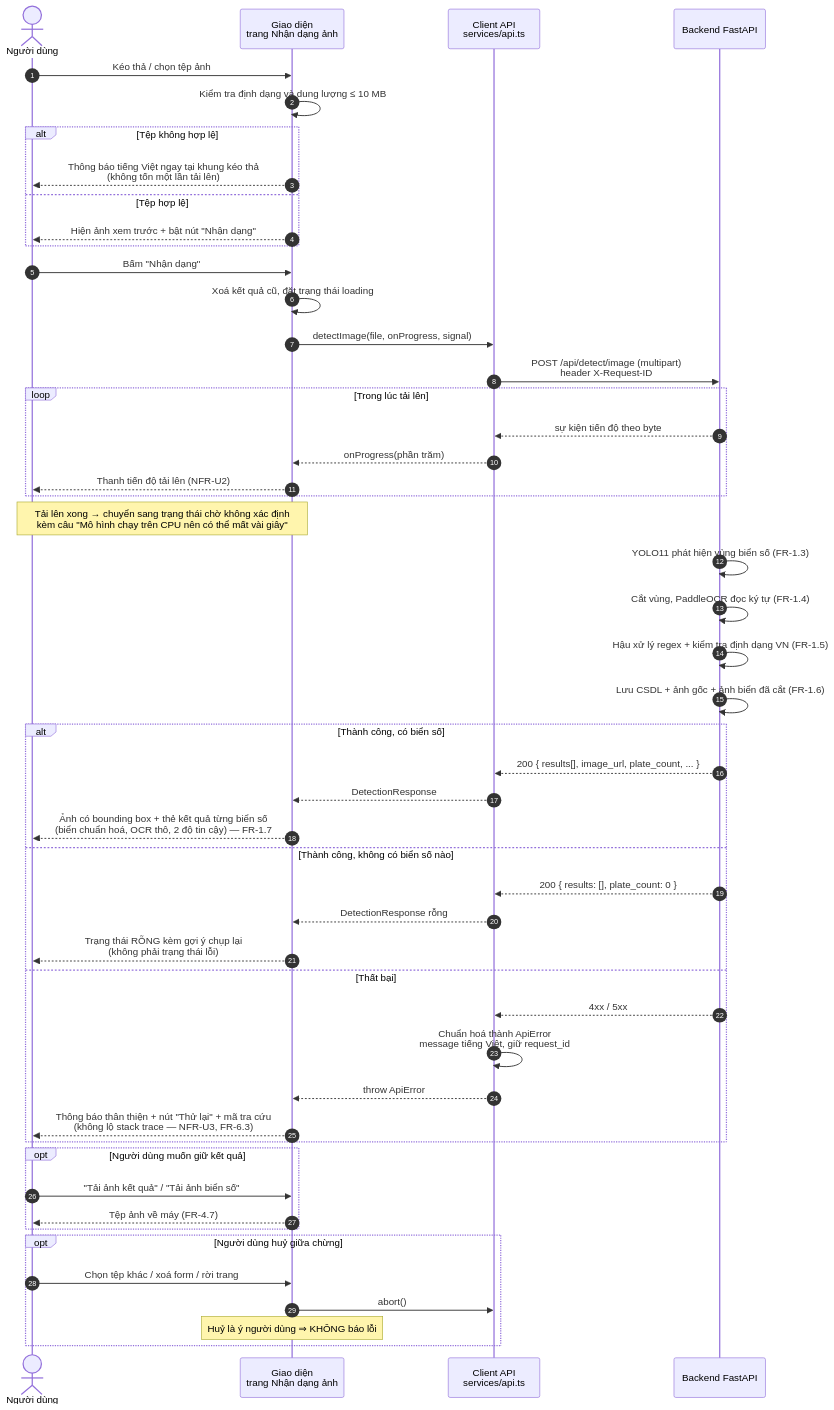
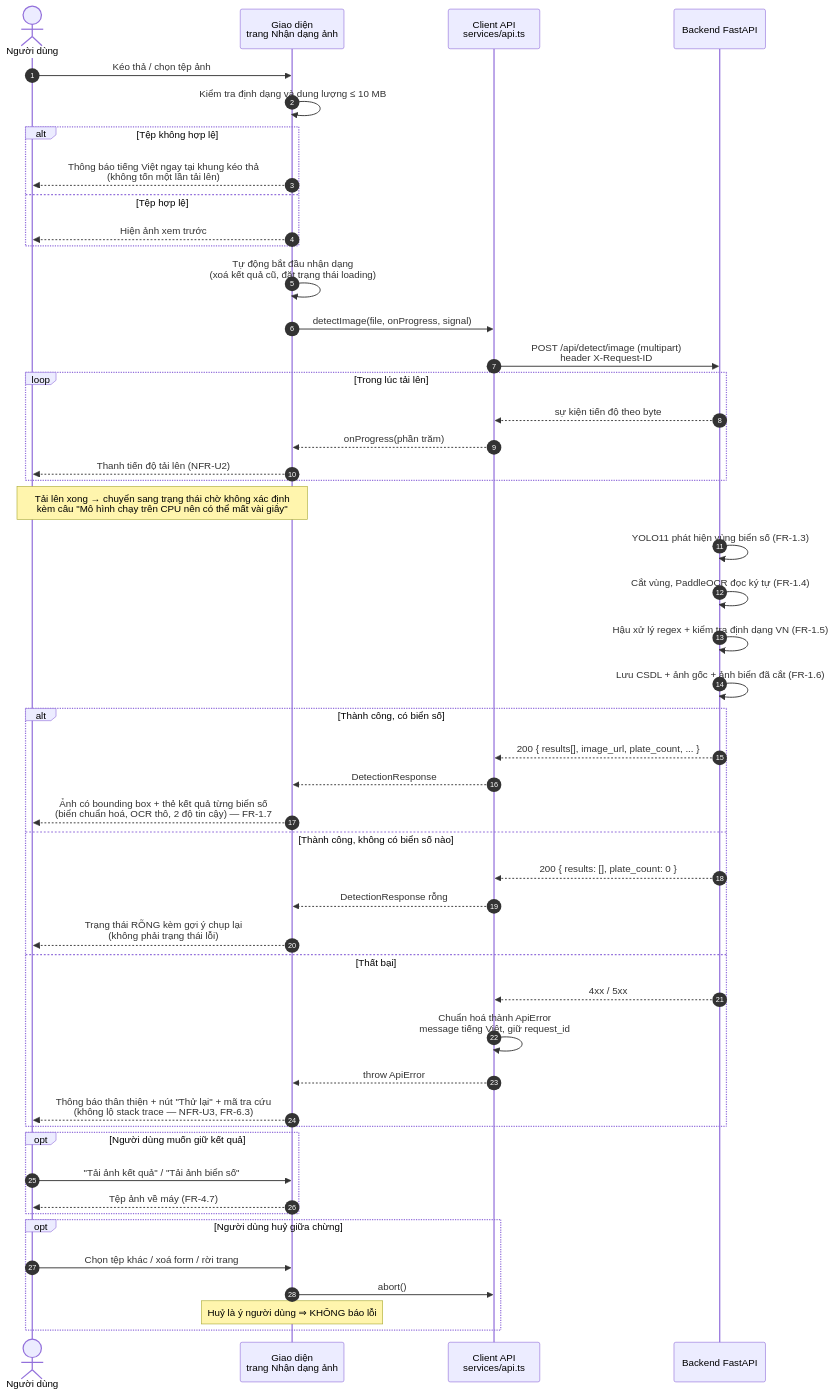
Before and after one commit to hieunguyen2604/alpr-do-an-mon-hoc: the second of 2 diagrams in docs/reports/06-ui-documentation.md, drawn with Mermaid. The commit also changed other lines of this file and 4 other files, not shown here.

First line of the commit message:
Trang ảnh bỏ nút Nhận dạng: chọn hoặc kéo thả ảnh là nhận dạng chạy ngay

````diff
--- a/docs/reports/06-ui-documentation.md
+++ b/docs/reports/06-ui-documentation.md
@@ -260,60 +260,59 @@
 ```mermaid
 sequenceDiagram
     autonumber
     actor U as Người dùng
     participant UI as Giao diện<br/>trang Nhận dạng ảnh
     participant API as Client API<br/>services/api.ts
     participant BE as Backend FastAPI
 
     U->>UI: Kéo thả / chọn tệp ảnh
     UI->>UI: Kiểm tra định dạng và dung lượng ≤ 10 MB
     alt Tệp không hợp lệ
         UI-->>U: Thông báo tiếng Việt ngay tại khung kéo thả<br/>(không tốn một lần tải lên)
     else Tệp hợp lệ
-        UI-->>U: Hiện ảnh xem trước + bật nút "Nhận dạng"
+        UI-->>U: Hiện ảnh xem trước
     end
 
-    U->>UI: Bấm "Nhận dạng"
-    UI->>UI: Xoá kết quả cũ, đặt trạng thái loading
+    UI->>UI: Tự động bắt đầu nhận dạng<br/>(xoá kết quả cũ, đặt trạng thái loading)
     UI->>API: detectImage(file, onProgress, signal)
     API->>BE: POST /api/detect/image (multipart)<br/>header X-Request-ID
 
     loop Trong lúc tải lên
         BE-->>API: sự kiện tiến độ theo byte
         API-->>UI: onProgress(phần trăm)
         UI-->>U: Thanh tiến độ tải lên (NFR-U2)
     end
 
     Note over UI,U: Tải lên xong → chuyển sang trạng thái chờ không xác định<br/>kèm câu "Mô hình chạy trên CPU nên có thể mất vài giây"
 
     BE->>BE: YOLO11 phát hiện vùng biển số (FR-1.3)
     BE->>BE: Cắt vùng, PaddleOCR đọc ký tự (FR-1.4)
     BE->>BE: Hậu xử lý regex + kiểm tra định dạng VN (FR-1.5)
     BE->>BE: Lưu CSDL + ảnh gốc + ảnh biển đã cắt (FR-1.6)
 
     alt Thành công, có biển số
         BE-->>API: 200 { results[], image_url, plate_count, ... }
         API-->>UI: DetectionResponse
         UI-->>U: Ảnh có bounding box + thẻ kết quả từng biển số<br/>(biển chuẩn hoá, OCR thô, 2 độ tin cậy) — FR-1.7
     else Thành công, không có biển số nào
         BE-->>API: 200 { results: [], plate_count: 0 }
         API-->>UI: DetectionResponse rỗng
         UI-->>U: Trạng thái RỖNG kèm gợi ý chụp lại<br/>(không phải trạng thái lỗi)
     else Thất bại
         BE-->>API: 4xx / 5xx
         API->>API: Chuẩn hoá thành ApiError<br/>message tiếng Việt, giữ request_id
         API-->>UI: throw ApiError
         UI-->>U: Thông báo thân thiện + nút "Thử lại" + mã tra cứu<br/>(không lộ stack trace — NFR-U3, FR-6.3)
     end
 
     opt Người dùng muốn giữ kết quả
         U->>UI: "Tải ảnh kết quả" / "Tải ảnh biển số"
         UI-->>U: Tệp ảnh về máy (FR-4.7)
     end
 
     opt Người dùng huỷ giữa chừng
         U->>UI: Chọn tệp khác / xoá form / rời trang
         UI->>API: abort()
         Note over UI: Huỷ là ý người dùng ⇒ KHÔNG báo lỗi
     end
 ```
````
